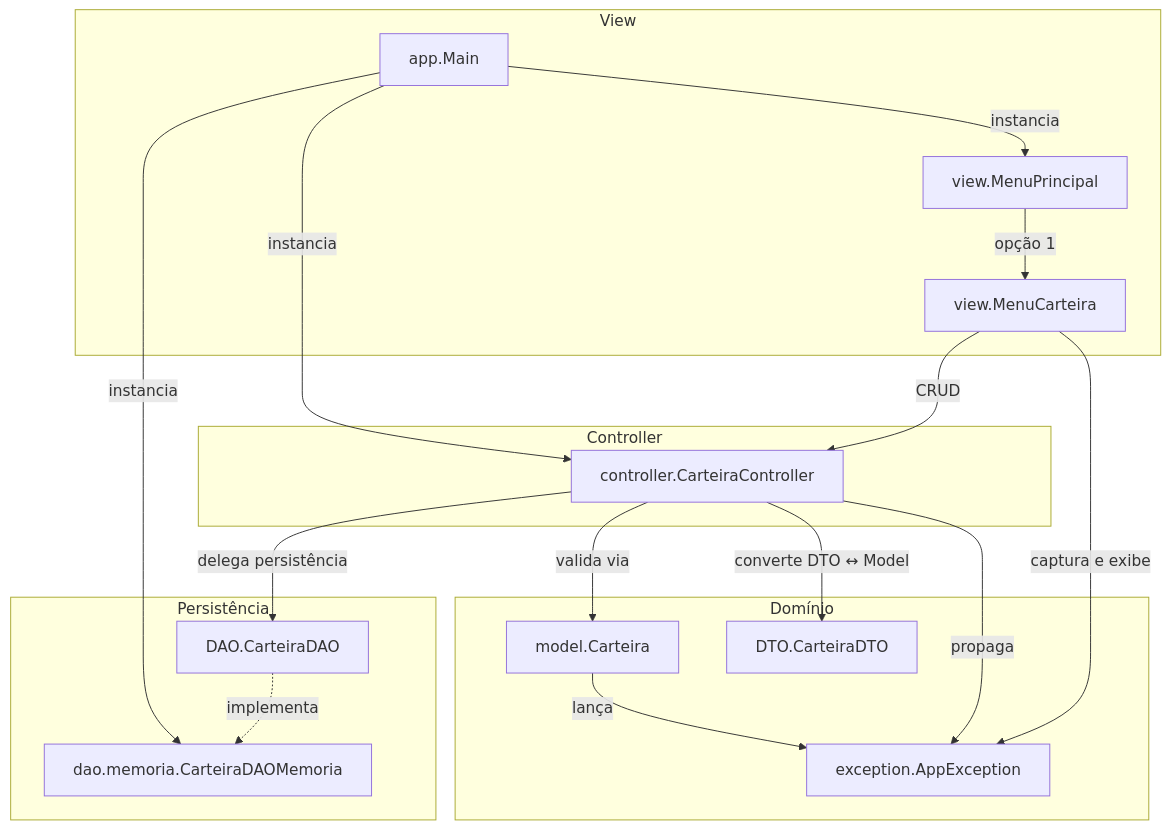
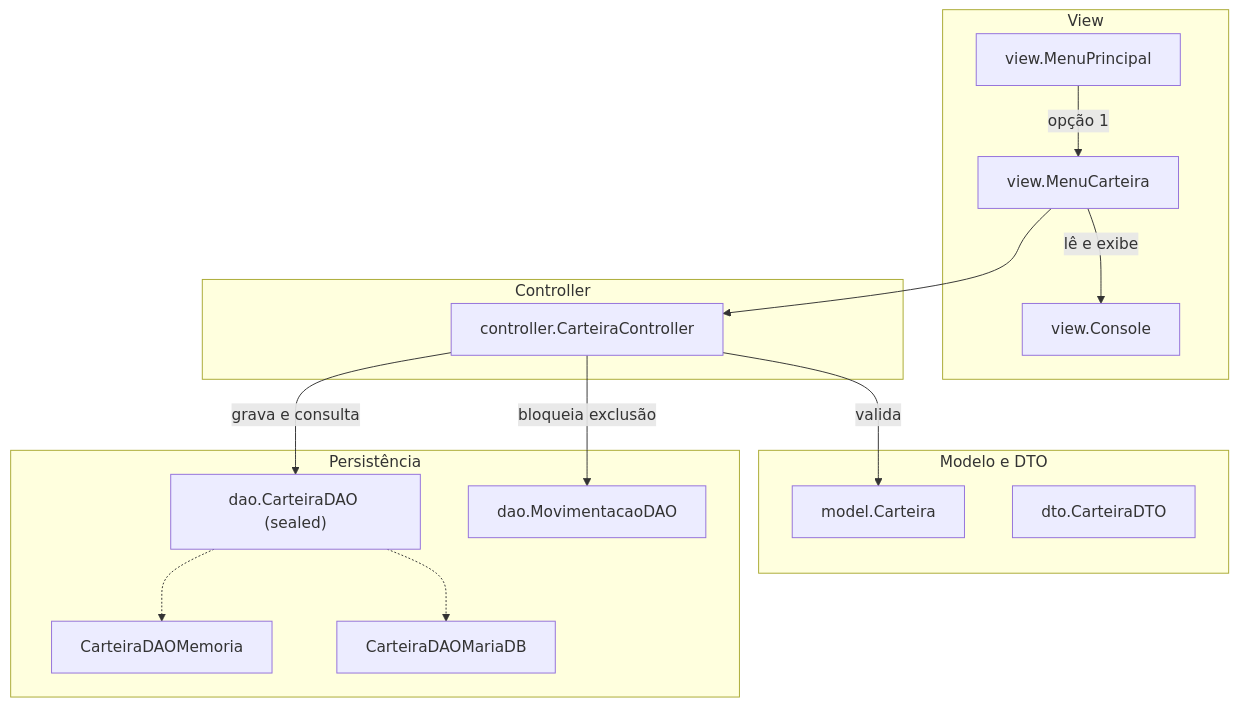
Before and after one commit to CassianoBorborema/FT_Coin: the first of 3 diagrams in docs/fluxo-carteira.md, drawn with Mermaid. The commit also changed other lines of this file and 107 other files, not shown here.

````diff
--- a/docs/fluxo-carteira.md
+++ b/docs/fluxo-carteira.md
@@ -11,36 +12,30 @@
 ```mermaid
 flowchart TB
-    subgraph viewLayer [View]
-        Main["app.Main"]
+    subgraph view [View]
         MenuPrincipal["view.MenuPrincipal"]
         MenuCarteira["view.MenuCarteira"]
+        Console["view.Console"]
+    end
+    subgraph controller [Controller]
+        CarteiraController["controller.CarteiraController"]
+    end
+    subgraph dominio [Modelo e DTO]
+        Carteira["model.Carteira"]
+        CarteiraDTO["dto.CarteiraDTO"]
+    end
+    subgraph persistencia [Persistência]
+        CarteiraDAO["dao.CarteiraDAO (sealed)"]
+        Memoria["CarteiraDAOMemoria"]
+        MariaDB["CarteiraDAOMariaDB"]
+        MovimentacaoDAO["dao.MovimentacaoDAO"]
     end
 
-    subgraph controllerLayer [Controller]
-        CarteiraController["controller.CarteiraController"]
-    end
-
-    subgraph domainLayer [Domínio]
-        CarteiraModel["model.Carteira"]
-        CarteiraDTO["DTO.CarteiraDTO"]
-        AppException["exception.AppException"]
-    end
-
-    subgraph persistenceLayer [Persistência]
-        CarteiraDAO["DAO.CarteiraDAO"]
-        CarteiraDAOMemoria["dao.memoria.CarteiraDAOMemoria"]
-    end
-
-    Main -->|"instancia"| CarteiraDAOMemoria
-    Main -->|"instancia"| CarteiraController
-    Main -->|"instancia"| MenuPrincipal
     MenuPrincipal -->|"opção 1"| MenuCarteira
-    MenuCarteira -->|"CRUD"| CarteiraController
-    CarteiraController -->|"valida via"| CarteiraModel
-    CarteiraController -->|"converte DTO ↔ Model"| CarteiraDTO
-    CarteiraController -->|"delega persistência"| CarteiraDAO
-    CarteiraDAO -.->|"implementa"| CarteiraDAOMemoria
-    CarteiraModel -->|"lança"| AppException
-    CarteiraController -->|"propaga"| AppException
-    MenuCarteira -->|"captura e exibe"| AppException
+    MenuCarteira -->|"lê e exibe"| Console
+    MenuCarteira --> CarteiraController
+    CarteiraController -->|"valida"| Carteira
+    CarteiraController -->|"grava e consulta"| CarteiraDAO
+    CarteiraController -->|"bloqueia exclusão"| MovimentacaoDAO
+    CarteiraDAO -.-> Memoria
+    CarteiraDAO -.-> MariaDB
 ```
````
